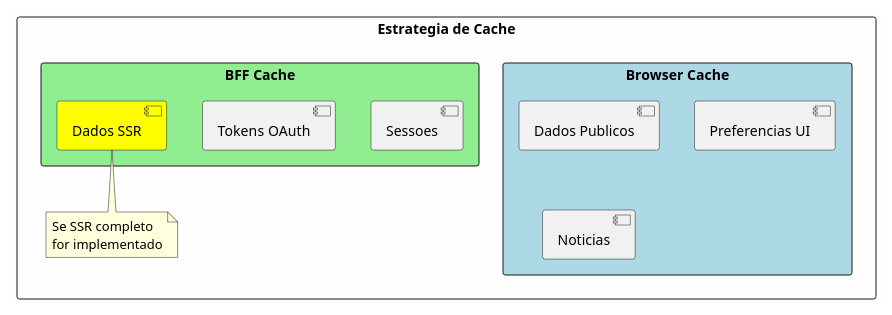
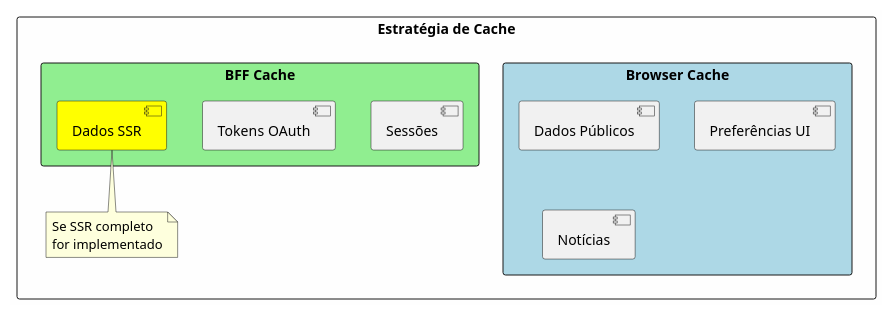
Before and after one commit to beduardo/novobanco_website_doc: the third of 3 diagrams in current/sections/SEC-06-arquitetura-dados.md, drawn with PlantUML. The commit also changed other lines of this file and 182 other files, not shown here.

````diff
--- a/current/sections/SEC-06-arquitetura-dados.md
+++ b/current/sections/SEC-06-arquitetura-dados.md
@@ -180,25 +180,25 @@
 ```plantuml
 @startuml
 skinparam backgroundColor #FEFEFE
 
-rectangle "Estrategia de Cache" {
+rectangle "Estratégia de Cache" {
     rectangle "Browser Cache" #LightBlue {
-        [Dados Publicos]
-        [Preferencias UI]
-        [Noticias]
+        [Dados Públicos]
+        [Preferências UI]
+        [Notícias]
     }
 
     rectangle "BFF Cache" #LightGreen {
-        [Sessoes]
+        [Sessões]
         [Tokens OAuth]
         [Dados SSR] #Yellow
     }
 
     note bottom of [Dados SSR]
         Se SSR completo
         for implementado
     end note
 }
 
 @enduml
 ```
````
